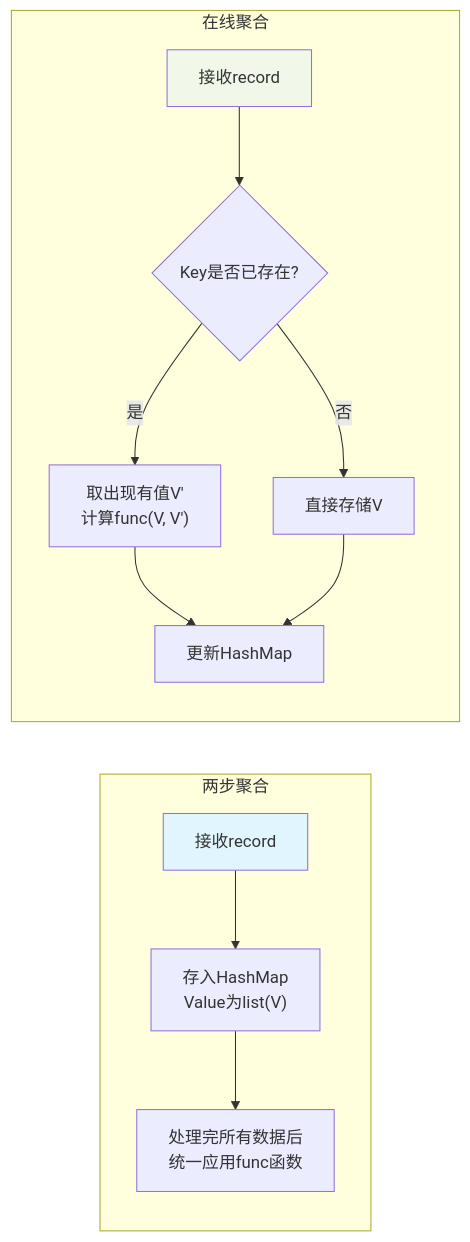
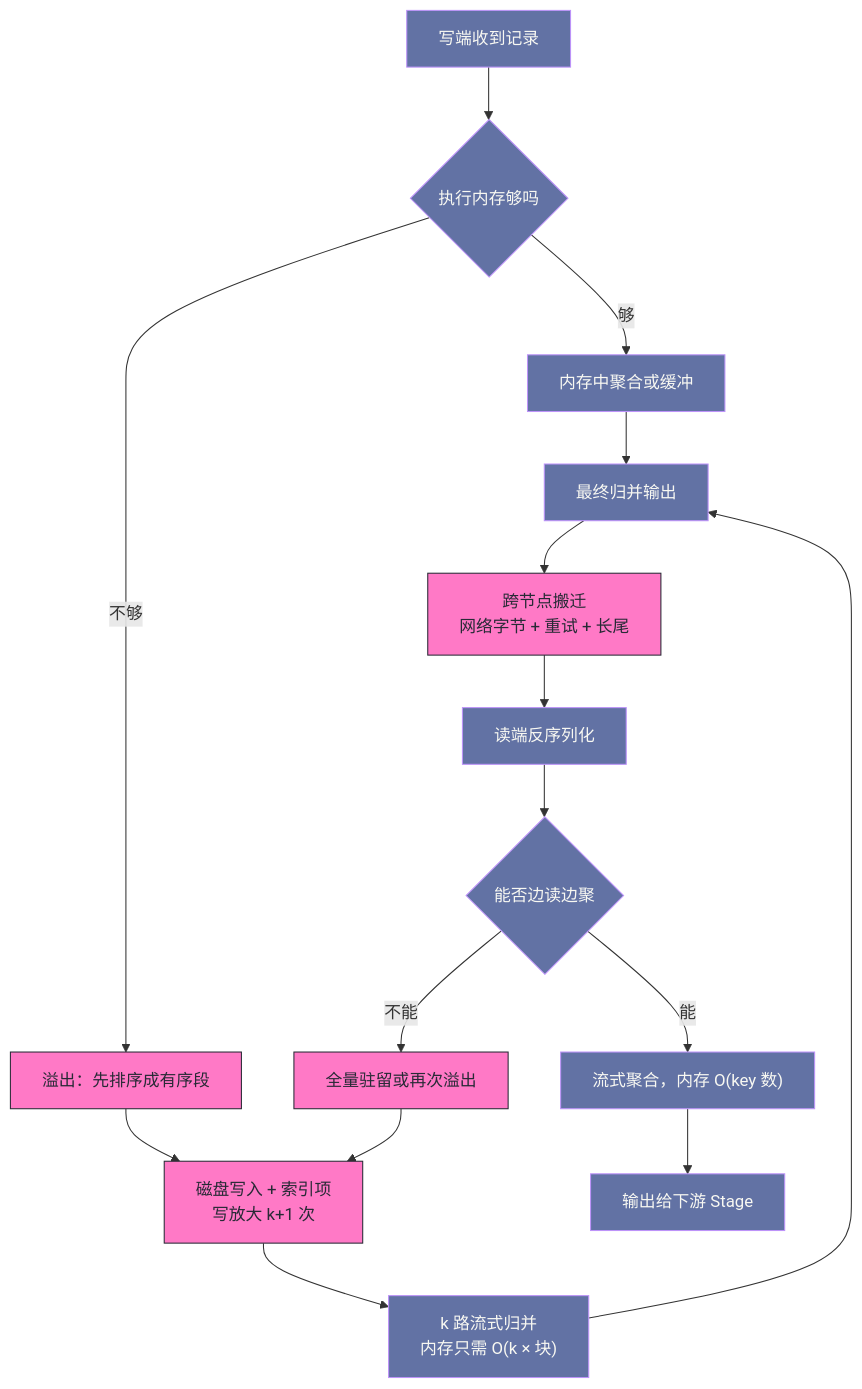
Before and after one commit to hpliStartAgain/my-brain: the second of 6 diagrams in content/大数据/Spark/读书笔记-spark内核/05_Shuffle核心机制/1. Spark_Shuffle机制深度解析.md, drawn with Mermaid. The commit also changed other lines of this file and 259 other files, not shown here.

````diff
--- a/content/大数据/Spark/读书笔记-spark内核/05_Shuffle核心机制/1. Spark_Shuffle机制深度解析.md
+++ b/content/大数据/Spark/读书笔记-spark内核/05_Shuffle核心机制/1. Spark_Shuffle机制深度解析.md
@@ -191,18 +174,22 @@
 ```mermaid
-flowchart LR
-    subgraph "两步聚合"
-        A["接收record"] --> B["存入HashMap<br>Value为list(V)"]
-        B --> C["处理完所有数据后<br>统一应用func函数"]
-    end
-    
-    subgraph "在线聚合"
-        D["接收record"] --> E{"Key是否已存在?"}
-        E -->|"是"| F["取出现有值V'<br>计算func(V, V')"]
-        E -->|"否"| G["直接存储V"]
-        F --> H["更新HashMap"]
-        G --> H
-    end
-    
-    style A fill:#e1f5fe
-    style D fill:#f1f8e9
+%%{init: {'theme': 'dracula'}}%%
+flowchart TD
+    A["写端收到记录"] --> B{"执行内存够吗"}
+    B -- "够" --> C["内存中聚合或缓冲"]
+    B -- "不够" --> D["溢出：先排序成有序段"]
+    D --> E["磁盘写入 + 索引项<br/>写放大 k+1 次"]
+    C --> F["最终归并输出"]
+    E --> G["k 路流式归并<br/>内存只需 O(k × 块)"]
+    G --> F
+    F --> H["跨节点搬迁<br/>网络字节 + 重试 + 长尾"]
+    H --> I["读端反序列化"]
+    I --> J{"能否边读边聚"}
+    J -- "能" --> K["流式聚合，内存 O(key 数)"]
+    J -- "不能" --> L["全量驻留或再次溢出"]
+    K --> M["输出给下游 Stage"]
+    L --> E
+    classDef cost fill:#ff79c6,stroke:#282a36,color:#282a36
+    classDef flow fill:#6272a4,stroke:#bd93f9,color:#f8f8f2
+    class D,E,H,L cost
+    class A,B,C,F,G,I,J,K,M flow
 ```
````
